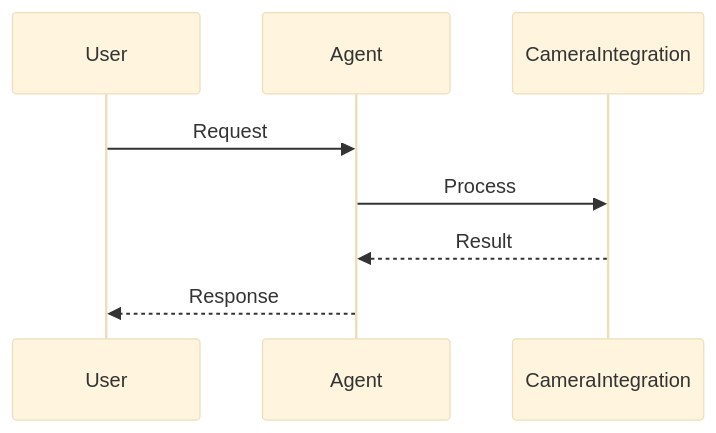
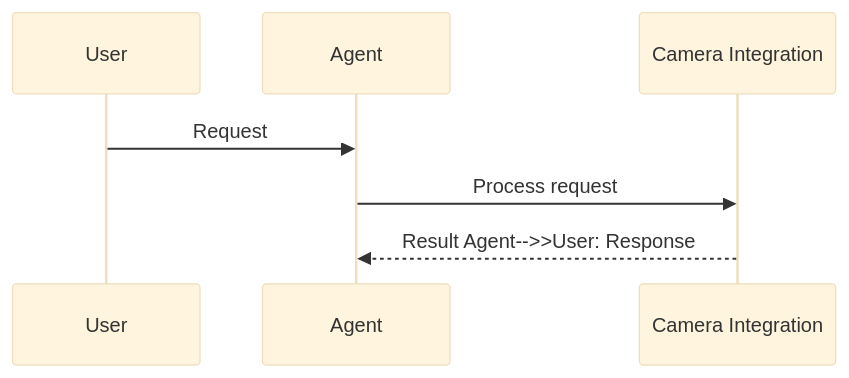
The second of 2 diagrams in docs/features/camera-integration.mdx (MervinPraison/PraisonAIDocs), drawn with Mermaid (base theme) before and after one commit. The commit also changed 204 other files, not shown here.

First line of the commit message:
docs: align feature/tool pages with AGENTS.md hero + sequence + import standards (fixes #1775)

````diff
--- a/docs/features/camera-integration.mdx
+++ b/docs/features/camera-integration.mdx
@@ -50,11 +50,10 @@
 ```mermaid
 sequenceDiagram
     participant User
     participant Agent
-    participant CameraIntegration
+    participant Feature as Camera Integration
 
     User->>Agent: Request
-    Agent->>CameraIntegration: Process
-    CameraIntegration-->>Agent: Result
-    Agent-->>User: Response
+    Agent->>Feature: Process request
+    Feature-->>Agent: Result    Agent-->>User: Response
 ```
````
